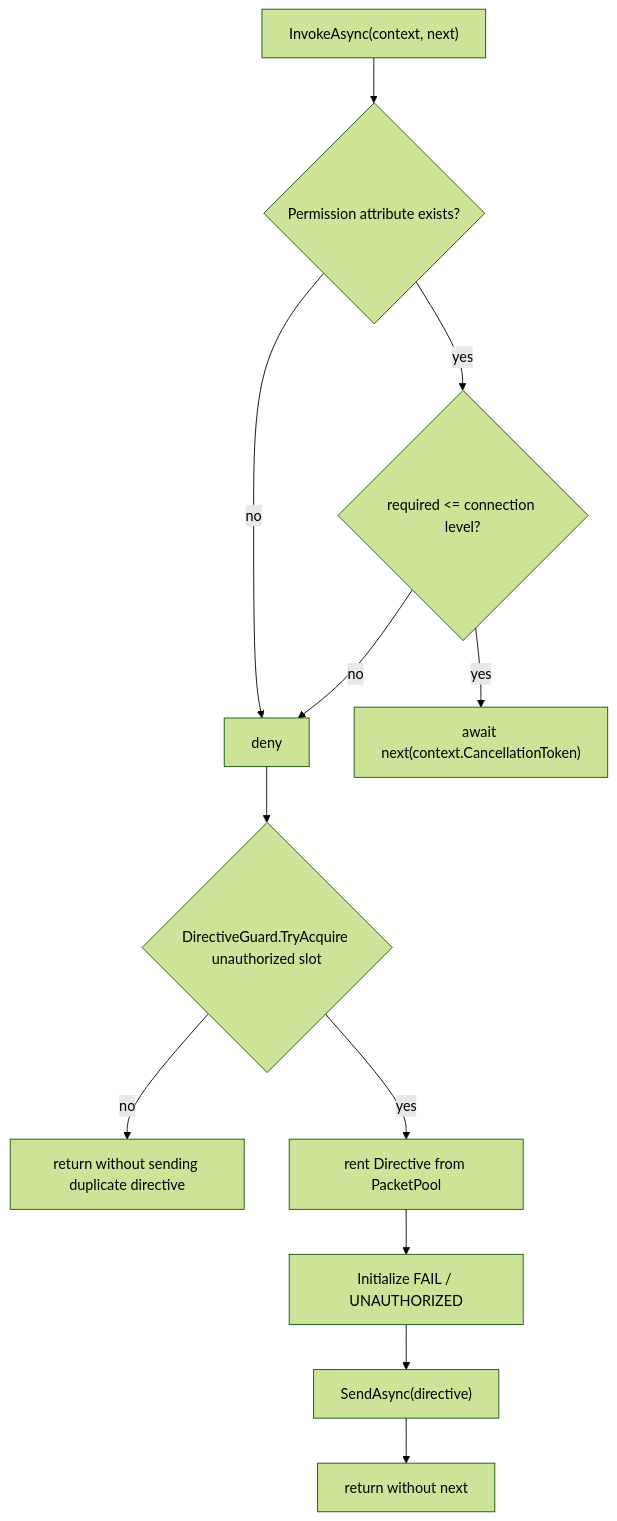
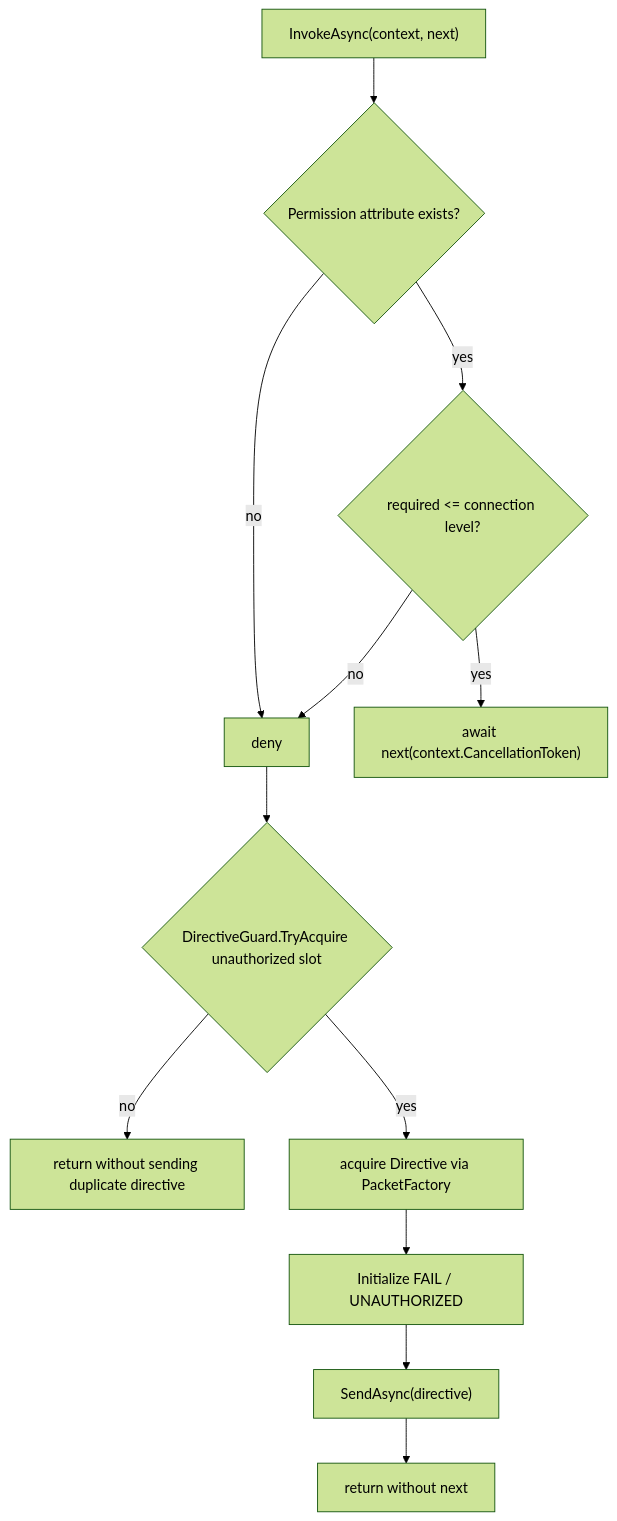
One commit to ppn-systems/Nalix changed the diagram in docs/api/runtime/middleware/permission-middleware.md. Above: the diagram before and after it, drawn with Mermaid (forest theme). The commit also changed other lines of this file and 51 other files, not shown here.

````diff
--- a/docs/api/runtime/middleware/permission-middleware.md
+++ b/docs/api/runtime/middleware/permission-middleware.md
@@ -49,14 +49,14 @@
 ```mermaid
 flowchart TD
     A["InvokeAsync(context, next)"] --> B{"Permission attribute exists?"}
     B -- no --> D["deny"]
     B -- yes --> C{"required <= connection level?"}
     C -- yes --> N["await next(context.CancellationToken)"]
     C -- no --> D
     D --> G{"DirectiveGuard.TryAcquire unauthorized slot"}
     G -- no --> S["return without sending duplicate directive"]
-    G -- yes --> R["rent Directive from PacketPool"]
+    G -- yes --> R["acquire Directive via PacketFactory"]
     R --> I["Initialize FAIL / UNAUTHORIZED"]
     I --> X["SendAsync(directive)"]
     X --> Z["return without next"]
 ```
````
